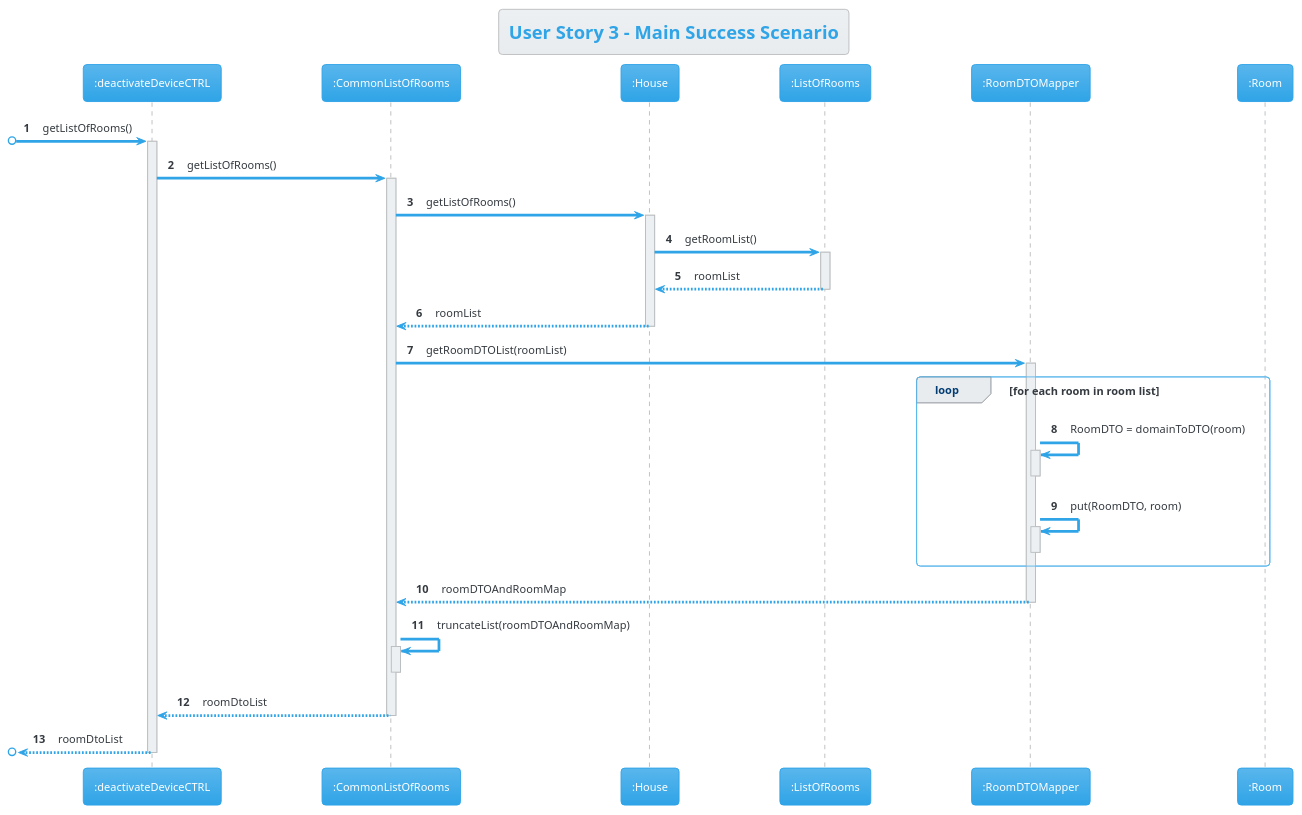
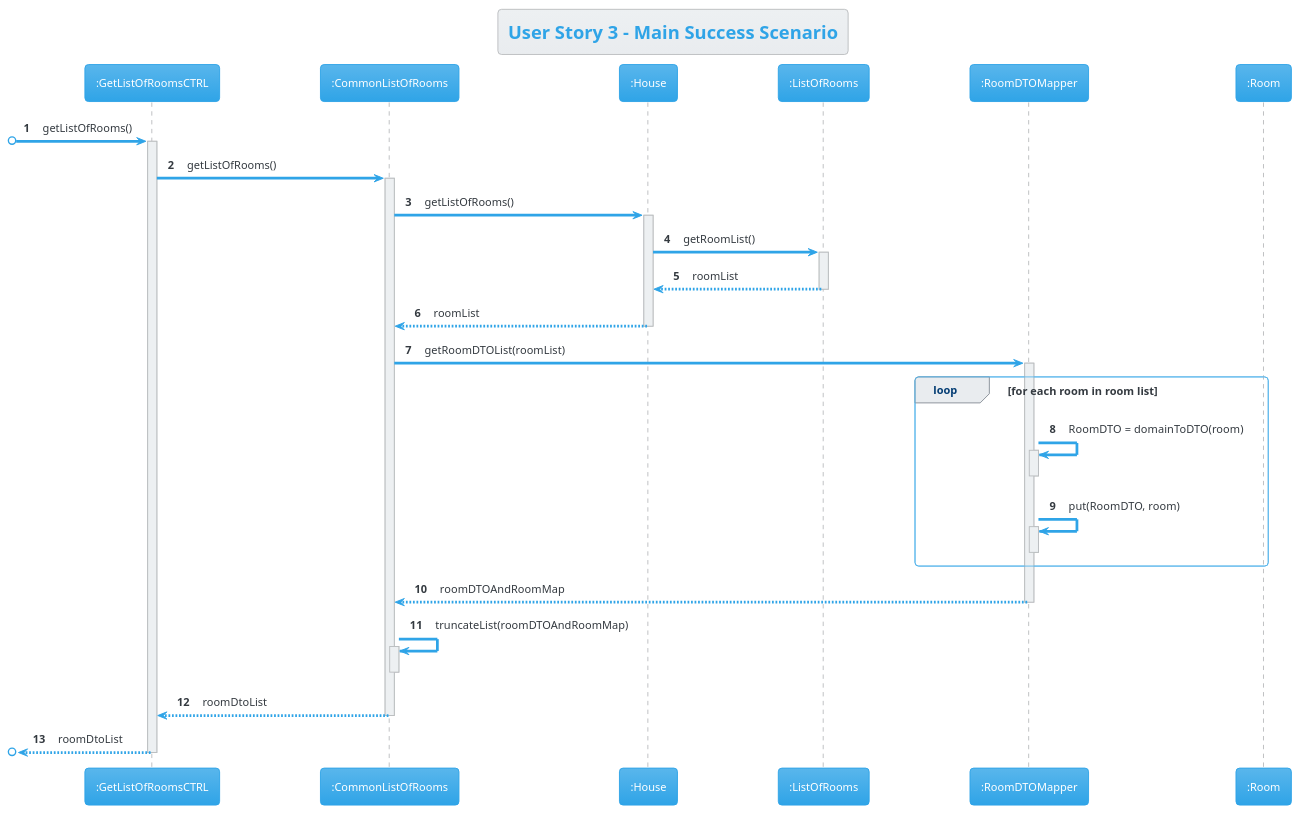
Before and after one commit to AfonsoNeves77/smartHouse: the diagram in Docs/US03/S3US03SequenceDiagram.puml, drawn with PlantUML. The commit also changed 2 other files, not shown here.

Commit message:
Updated class diagrams

```diff
--- a/Docs/US03/S3US03SequenceDiagram.puml
+++ b/Docs/US03/S3US03SequenceDiagram.puml
@@ -1,46 +1,46 @@
 @startuml
 !theme cerulean
 skinparam ParticipantPadding 50
 autonumber
 title User Story 3 - Main Success Scenario
 
-participant ":deactivateDeviceCTRL" as C
+participant ":GetListOfRoomsCTRL" as C
 participant ":CommonListOfRooms" as CU
 participant ":House" as H
 participant ":ListOfRooms" as LR
 participant ":RoomDTOMapper" as RM
 participant ":Room" as R
 
 [o-> C : getListOfRooms()
 activate C
 C -> CU : getListOfRooms()
 activate CU
 CU -> H : getListOfRooms()
 activate H
 H -> LR : getRoomList()
 activate LR
 LR --> H : roomList
 deactivate LR
 H --> CU : roomList
 deactivate H
 CU -> RM : getRoomDTOList(roomList)
 activate RM
 loop for each room in room list
 RM -> RM : RoomDTO = domainToDTO(room)
 activate RM
 deactivate RM
 RM -> RM : put(RoomDTO, room)
 activate RM
 deactivate RM
 end loop
 RM --> CU : roomDTOAndRoomMap
 deactivate RM
 CU -> CU : truncateList(roomDTOAndRoomMap)
 activate CU
 deactivate CU
 CU --> C : roomDtoList
 deactivate CU
 [o<-- C : roomDtoList
 deactivate C
 
 @enduml
```
